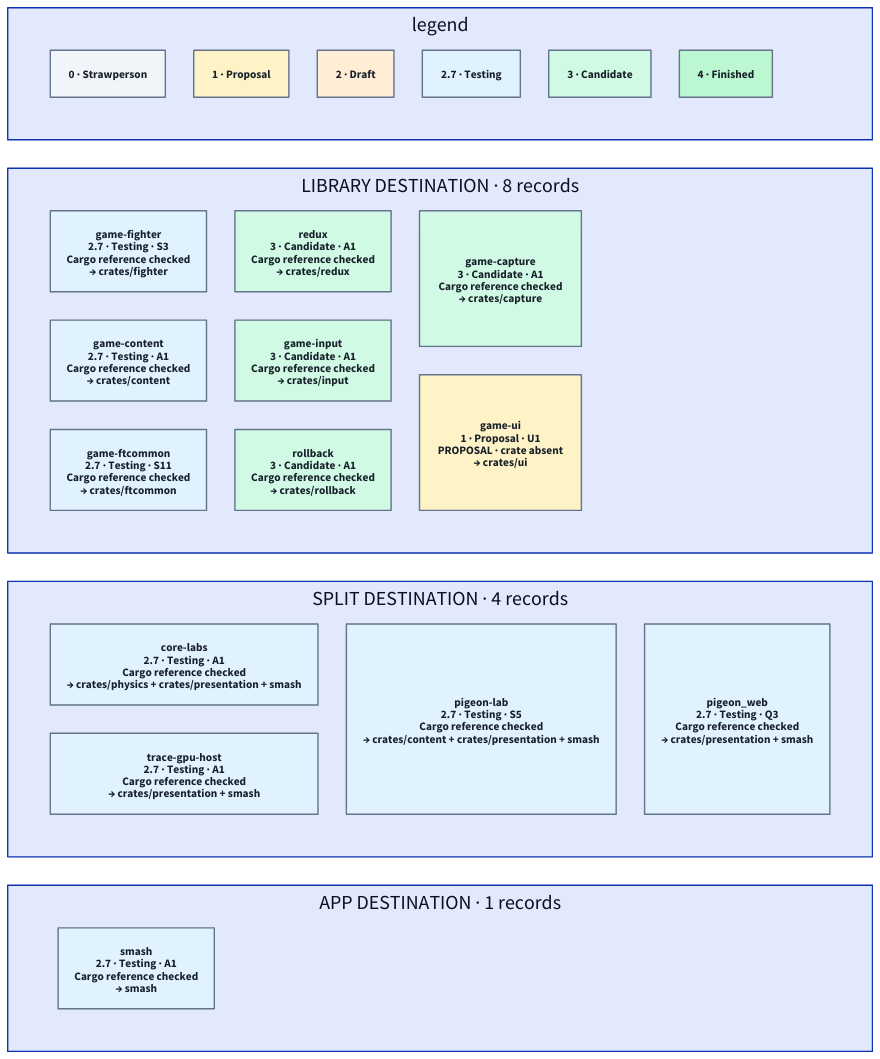
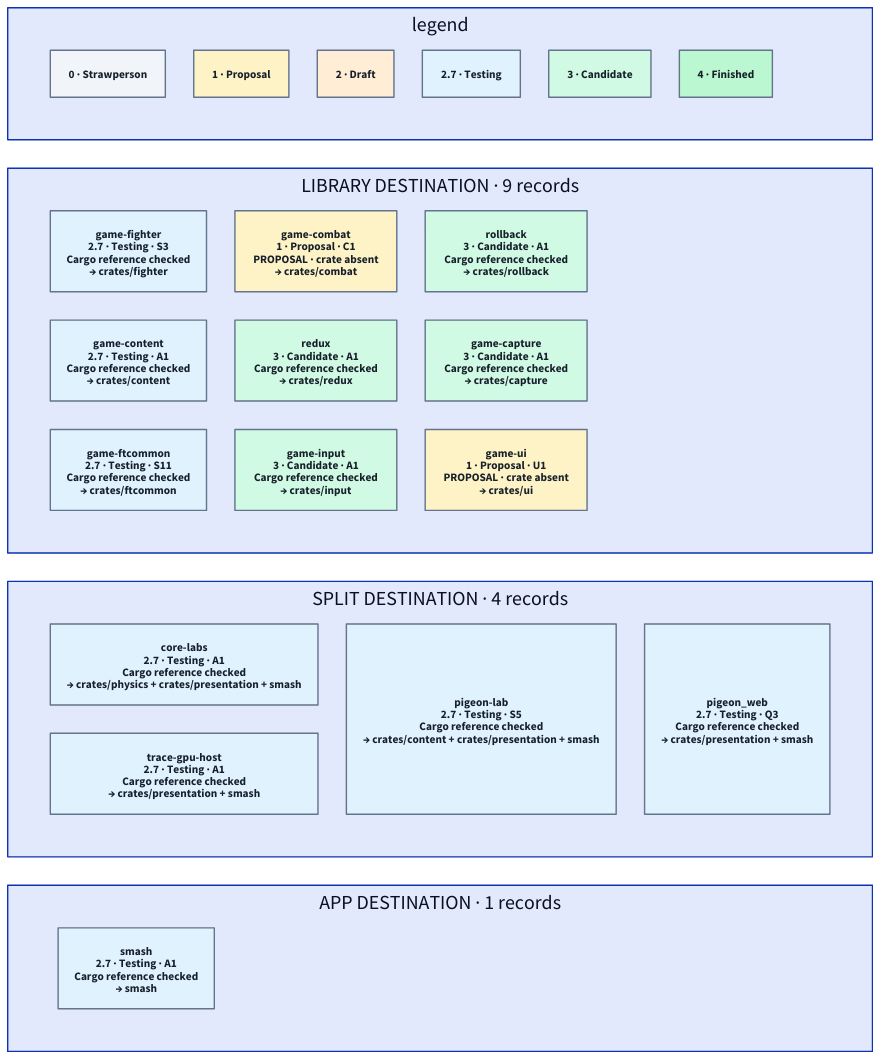
The diagram in classification/3_registry.d2 (hafley66/hafley-rs), drawn with D2 before and after one commit. The commit also changed 10 other files, not shown here.

```diff
--- a/classification/3_registry.d2
+++ b/classification/3_registry.d2
@@ -1,34 +1,35 @@
 # Generated from 1_registry.tsp. Do not edit.
 label: "05 · CHECKED CRATE INVENTORY / TC39-style promotion stages"
 grid-columns: 1
 legend: {
 grid-columns: 6
 s0: "0 · Strawperson" {style.fill: "#F1F5F9"; style.font-color: "#17202A"; style.stroke: "#64748B"}
 s1: "1 · Proposal" {style.fill: "#FEF3C7"; style.font-color: "#17202A"; style.stroke: "#64748B"}
 s2: "2 · Draft" {style.fill: "#FFEDD5"; style.font-color: "#17202A"; style.stroke: "#64748B"}
 s3: "2.7 · Testing" {style.fill: "#E0F2FE"; style.font-color: "#17202A"; style.stroke: "#64748B"}
 s4: "3 · Candidate" {style.fill: "#D1FAE5"; style.font-color: "#17202A"; style.stroke: "#64748B"}
 s5: "4 · Finished" {style.fill: "#BBF7D0"; style.font-color: "#17202A"; style.stroke: "#64748B"}
 }
-library: "LIBRARY DESTINATION · 8 records" {
+library: "LIBRARY DESTINATION · 9 records" {
 grid-columns: 3
 "game-fighter": "game-fighter\n2.7 · Testing · S3\nCargo reference checked\n→ crates/fighter" {style.fill: "#E0F2FE"; style.font-color: "#17202A"; style.stroke: "#64748B"}
 "game-content": "game-content\n2.7 · Testing · A1\nCargo reference checked\n→ crates/content" {style.fill: "#E0F2FE"; style.font-color: "#17202A"; style.stroke: "#64748B"}
 "game-ftcommon": "game-ftcommon\n2.7 · Testing · S11\nCargo reference checked\n→ crates/ftcommon" {style.fill: "#E0F2FE"; style.font-color: "#17202A"; style.stroke: "#64748B"}
+"game-combat": "game-combat\n1 · Proposal · C1\nPROPOSAL · crate absent\n→ crates/combat" {style.fill: "#FEF3C7"; style.font-color: "#17202A"; style.stroke: "#64748B"}
 "redux": "redux\n3 · Candidate · A1\nCargo reference checked\n→ crates/redux" {style.fill: "#D1FAE5"; style.font-color: "#17202A"; style.stroke: "#64748B"}
 "game-input": "game-input\n3 · Candidate · A1\nCargo reference checked\n→ crates/input" {style.fill: "#D1FAE5"; style.font-color: "#17202A"; style.stroke: "#64748B"}
 "rollback": "rollback\n3 · Candidate · A1\nCargo reference checked\n→ crates/rollback" {style.fill: "#D1FAE5"; style.font-color: "#17202A"; style.stroke: "#64748B"}
 "game-capture": "game-capture\n3 · Candidate · A1\nCargo reference checked\n→ crates/capture" {style.fill: "#D1FAE5"; style.font-color: "#17202A"; style.stroke: "#64748B"}
 "game-ui": "game-ui\n1 · Proposal · U1\nPROPOSAL · crate absent\n→ crates/ui" {style.fill: "#FEF3C7"; style.font-color: "#17202A"; style.stroke: "#64748B"}
 }
 split: "SPLIT DESTINATION · 4 records" {
 grid-columns: 3
 "core-labs": "core-labs\n2.7 · Testing · A1\nCargo reference checked\n→ crates/physics + crates/presentation + smash" {style.fill: "#E0F2FE"; style.font-color: "#17202A"; style.stroke: "#64748B"}
 "trace-gpu-host": "trace-gpu-host\n2.7 · Testing · A1\nCargo reference checked\n→ crates/presentation + smash" {style.fill: "#E0F2FE"; style.font-color: "#17202A"; style.stroke: "#64748B"}
 "pigeon-lab": "pigeon-lab\n2.7 · Testing · S5\nCargo reference checked\n→ crates/content + crates/presentation + smash" {style.fill: "#E0F2FE"; style.font-color: "#17202A"; style.stroke: "#64748B"}
 "pigeon_web": "pigeon_web\n2.7 · Testing · Q3\nCargo reference checked\n→ crates/presentation + smash" {style.fill: "#E0F2FE"; style.font-color: "#17202A"; style.stroke: "#64748B"}
 }
 app: "APP DESTINATION · 1 records" {
 grid-columns: 3
 "smash": "smash\n2.7 · Testing · A1\nCargo reference checked\n→ smash" {style.fill: "#E0F2FE"; style.font-color: "#17202A"; style.stroke: "#64748B"}
 }
```
